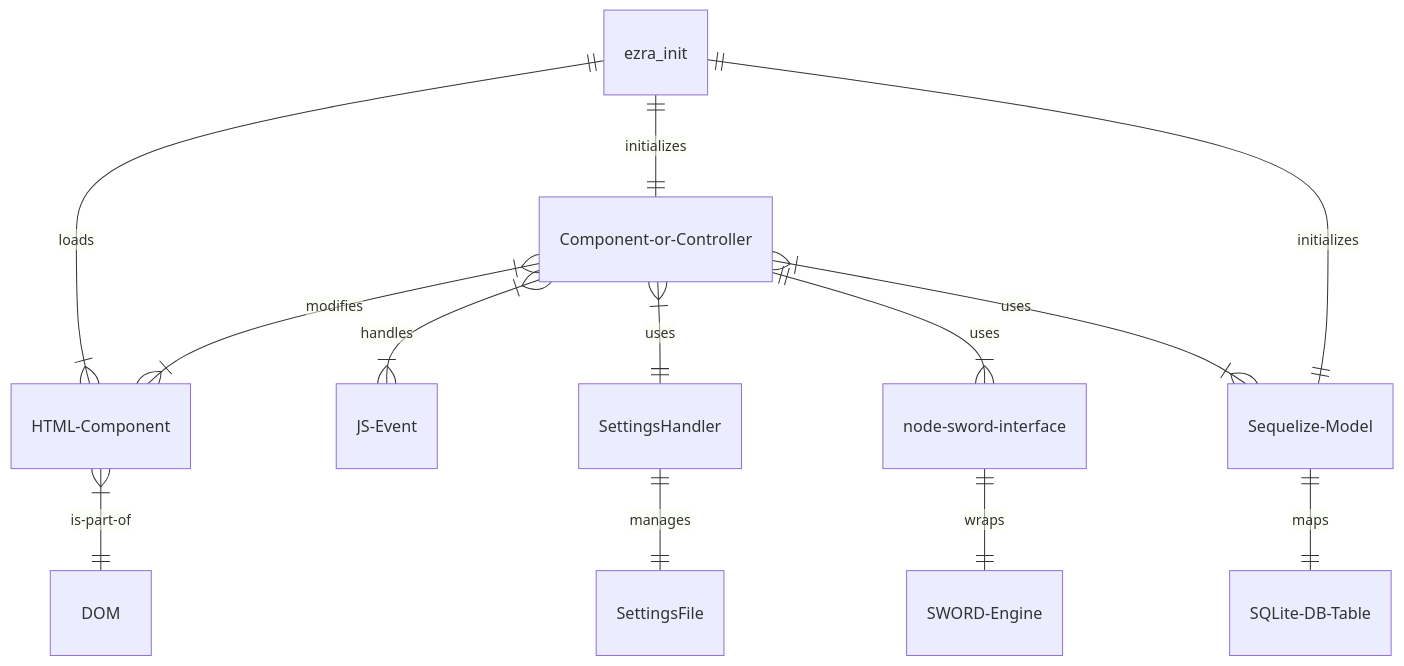
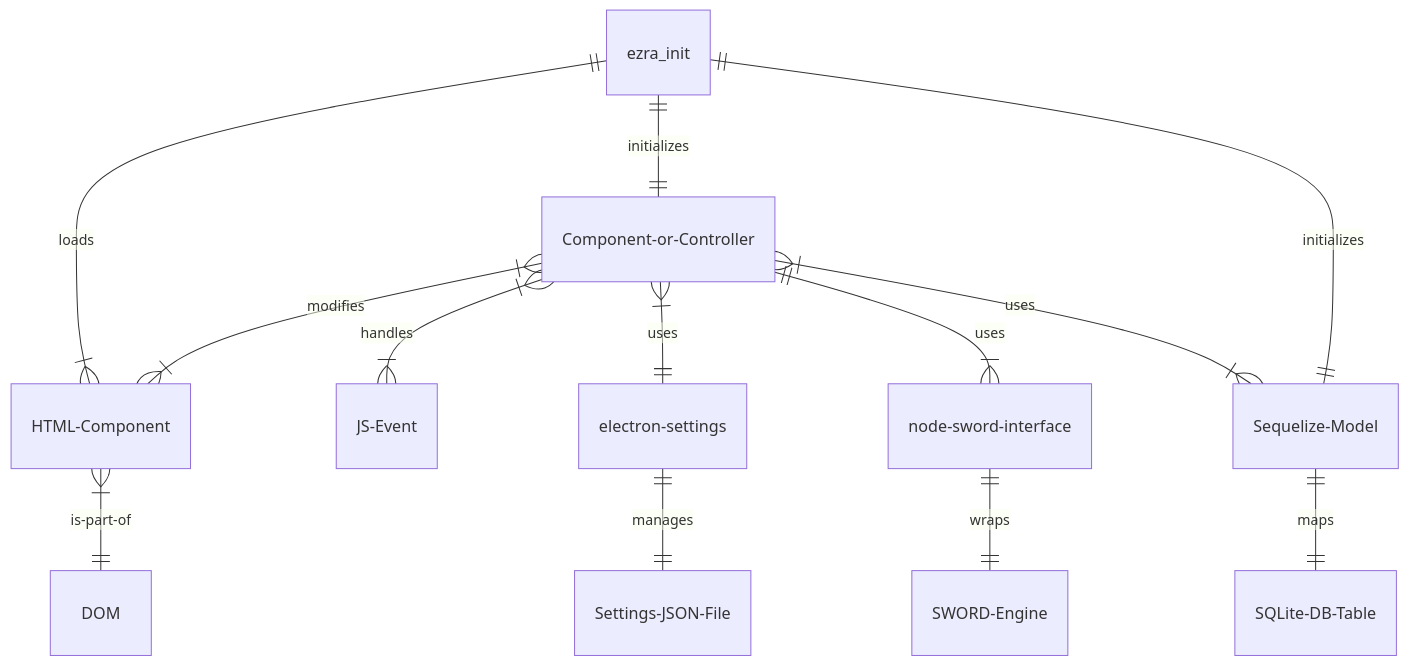
One commit to ezra-bible-app/ezra-bible-app changed the diagram in DESIGN.md. Above: the diagram before and after it, drawn with Mermaid. The commit also changed 1 other file, not shown here.

```diff
--- a/DESIGN.md
+++ b/DESIGN.md
@@ -3,15 +3,15 @@
 <div class="mermaid">
 erDiagram
     ezra_init                 ||--|{    HTML-Component            : loads
     ezra_init                 ||--||    Component-or-Controller   : initializes
     ezra_init                 ||--||    Sequelize-Model           : initializes
     HTML-Component            }|--||    DOM                       : is-part-of
     Component-or-Controller   }|--|{    HTML-Component            : modifies
     Component-or-Controller   }|--|{    JS-Event                  : handles
-    Component-or-Controller   }|--||    SettingsHandler           : uses
-    SettingsHandler           ||--||    SettingsFile              : manages
+    Component-or-Controller   }|--||    electron-settings         : uses
+    electron-settings         ||--||    Settings-JSON-File        : manages
     Component-or-Controller   ||--|{    node-sword-interface      : uses
     Component-or-Controller   }|--|{    Sequelize-Model           : uses
     Sequelize-Model           ||--||    SQLite-DB-Table           : maps
     node-sword-interface      ||--||    SWORD-Engine              : wraps
 </div>
```
